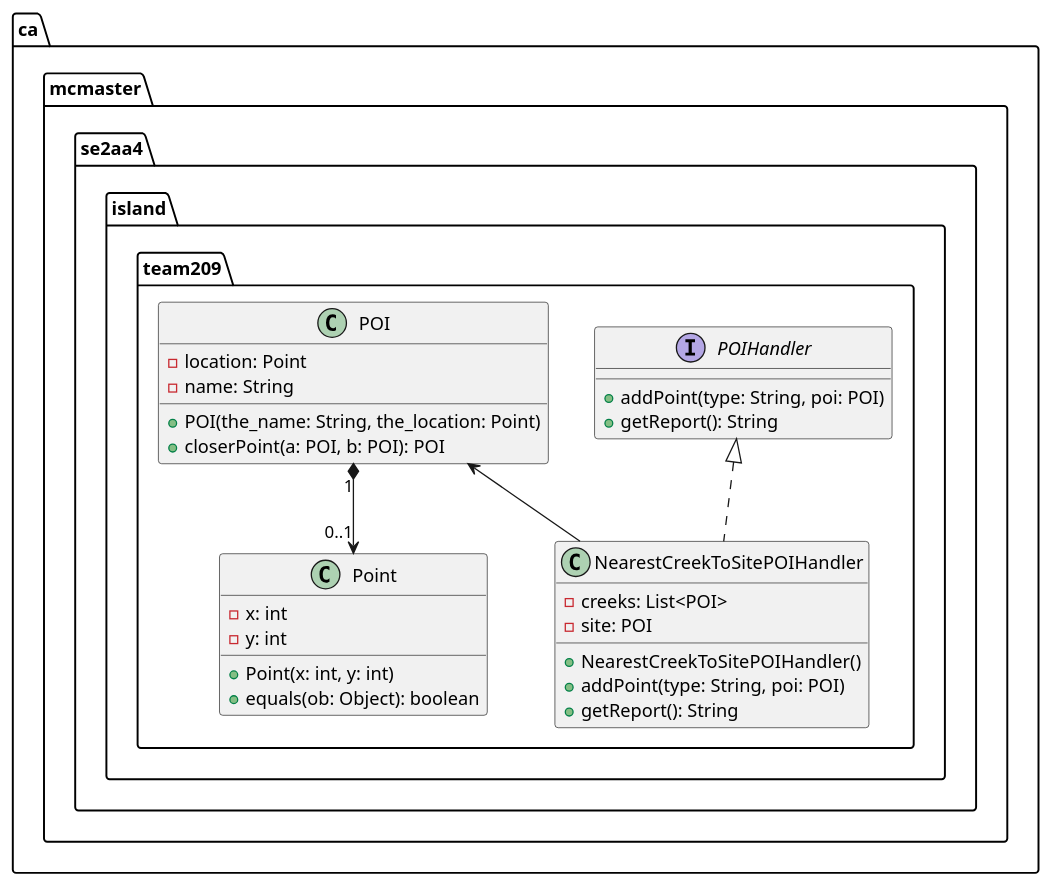
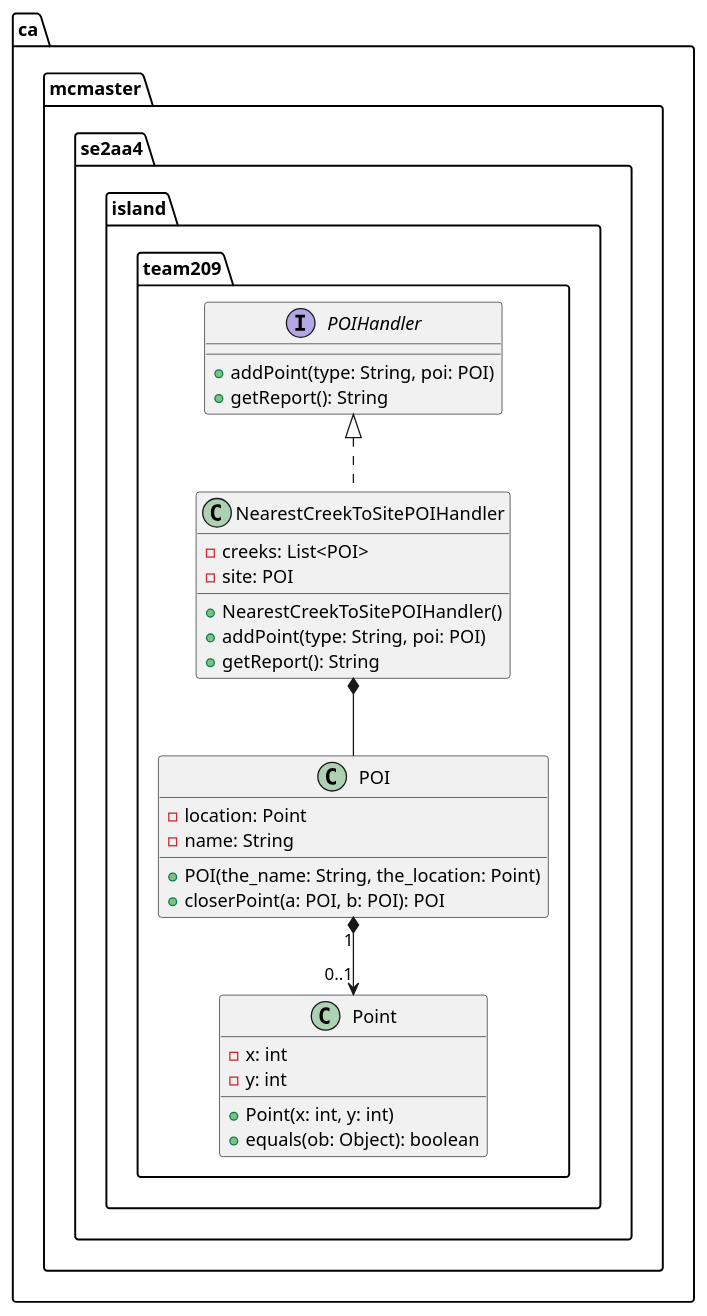
The diagram in src/main/java/ca/mcmaster/UML Diagrams/POI.wsd (xSankalpaD/Island-Explorer), drawn with PlantUML before and after one commit. The commit also changed 15 other files, not shown here.

Commit message:
#28 refactor uml and made new package

```diff
--- a/src/main/java/ca/mcmaster/UML Diagrams/POI.wsd
+++ b/src/main/java/ca/mcmaster/UML Diagrams/POI.wsd
@@ -1,39 +1,39 @@
 @startuml POI
 
 package "ca.mcmaster.se2aa4.island.team209" {
     interface POIHandler {
         + addPoint(type: String, poi: POI)
         + getReport(): String
     }
 
     class POI {
         - location: Point
         - name: String
 
         + POI(the_name: String, the_location: Point)
         + closerPoint(a: POI, b: POI): POI
     }
 
     class NearestCreekToSitePOIHandler {
         - creeks: List<POI>
         - site: POI
 
         + NearestCreekToSitePOIHandler()
         + addPoint(type: String, poi: POI)
         + getReport(): String
     }
 
     class Point {
         - x: int
         - y: int
 
         + Point(x: int, y: int)
         + equals(ob: Object): boolean
     }
 
     POIHandler <|.. NearestCreekToSitePOIHandler
-    POI <-- NearestCreekToSitePOIHandler
+    NearestCreekToSitePOIHandler *-- POI
     POI "1" *--> "0..1" Point
 }
 
 @enduml
```
